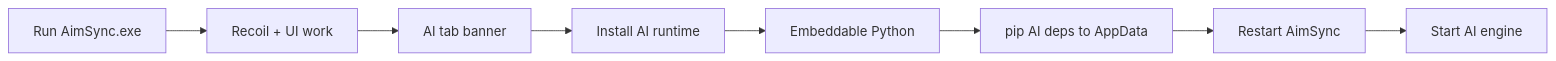
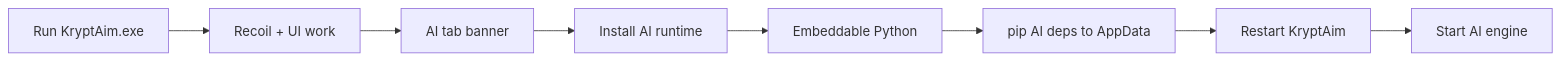
The diagram in wiki/Slim-Exe-Distribution.md (Kava4/KryptAim), drawn with Mermaid before and after one commit. The commit also changed other lines of this file and 79 other files, not shown here.

First line of the commit message:
Rebrand to KryptAim across app, UI, build, and docs.

````diff
--- a/wiki/Slim-Exe-Distribution.md
+++ b/wiki/Slim-Exe-Distribution.md
@@ -28,10 +28,10 @@
 ```mermaid
 flowchart LR
-  A[Run AimSync.exe] --> B[Recoil + UI work]
+  A[Run KryptAim.exe] --> B[Recoil + UI work]
   B --> C[AI tab banner]
   C --> D[Install AI runtime]
   D --> E[Embeddable Python]
   E --> F[pip AI deps to AppData]
-  F --> G[Restart AimSync]
+  F --> G[Restart KryptAim]
   G --> H[Start AI engine]
 ```
````
